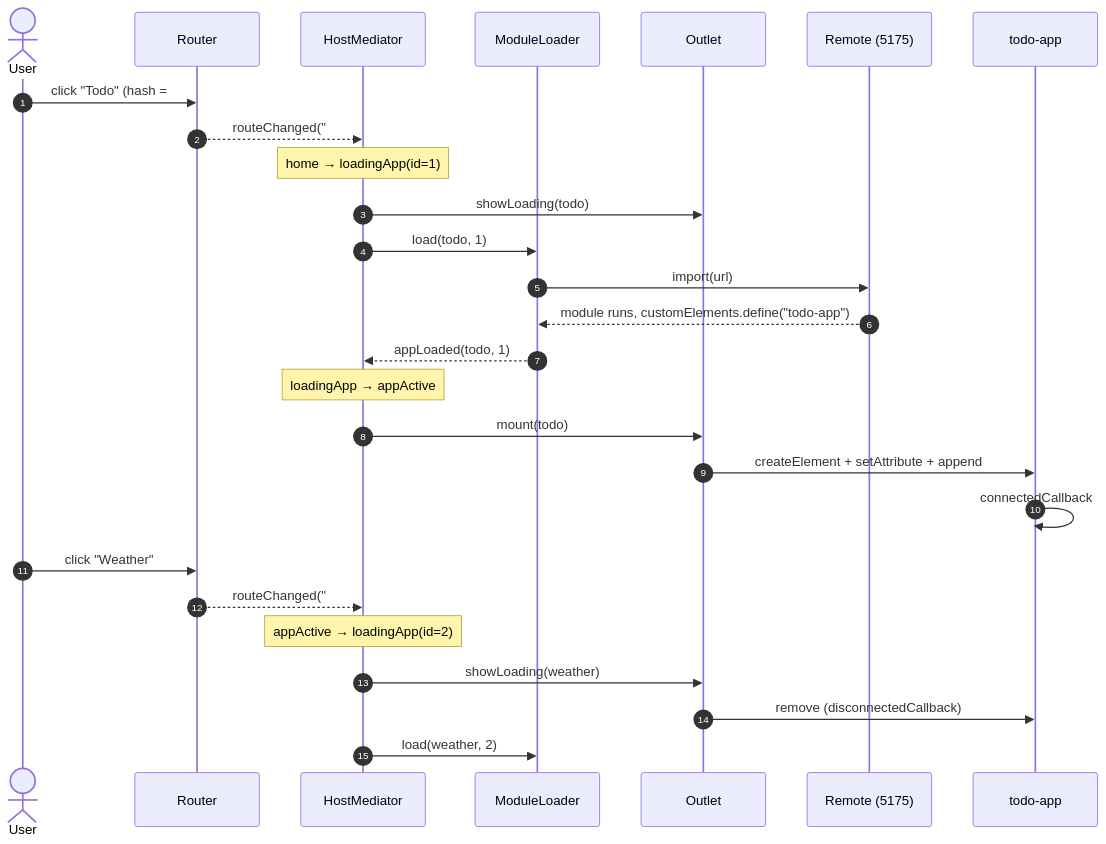
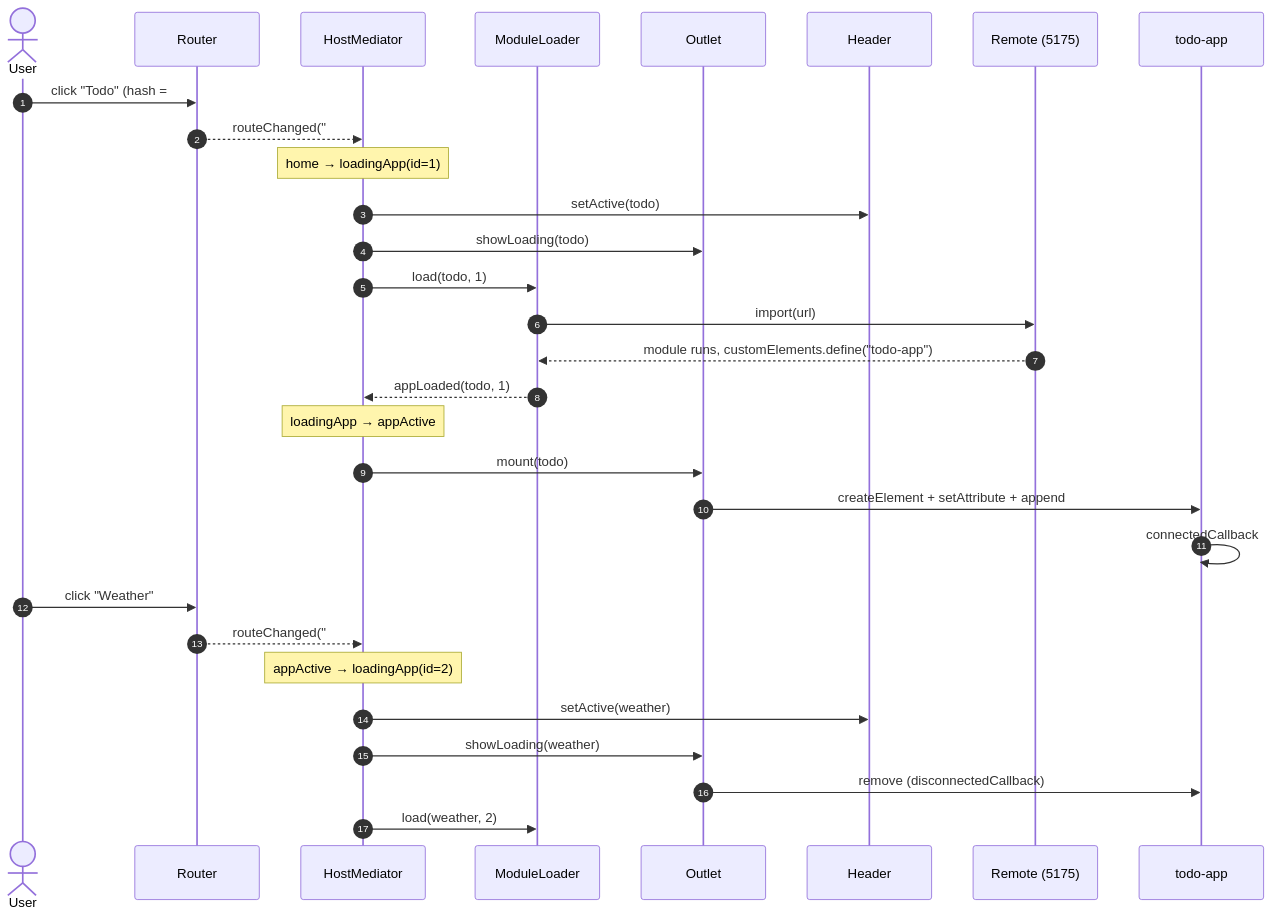
The fourth of 6 diagrams in docs/milestones/m1-host-shell.md (vungdv/micro-frontend-webcomponent), drawn with Mermaid before and after one commit. The commit also changed other lines of this file and 16 other files, not shown here.

````diff
--- a/docs/milestones/m1-host-shell.md
+++ b/docs/milestones/m1-host-shell.md
@@ -135,31 +135,34 @@
 ```mermaid
 sequenceDiagram
   autonumber
   actor U as User
   participant R as Router
   participant M as HostMediator
   participant ML as ModuleLoader
   participant O as Outlet
+  participant H as Header
   participant Rem as Remote (5175)
   participant El as todo-app
 
   U->>R: click "Todo" (hash = #/todo)
   R-->>M: routeChanged("#/todo", todo)
   Note over M: home → loadingApp(id=1)
+  M->>H: setActive(todo)
   M->>O: showLoading(todo)
   M->>ML: load(todo, 1)
   ML->>Rem: import(url)
   Rem-->>ML: module runs, customElements.define("todo-app")
   ML-->>M: appLoaded(todo, 1)
   Note over M: loadingApp → appActive
   M->>O: mount(todo)
   O->>El: createElement + setAttribute + append
   El->>El: connectedCallback
 
   U->>R: click "Weather"
   R-->>M: routeChanged("#/weather", weather)
   Note over M: appActive → loadingApp(id=2)
+  M->>H: setActive(weather)
   M->>O: showLoading(weather)
   O->>El: remove (disconnectedCallback)
   M->>ML: load(weather, 2)
 ```
````
